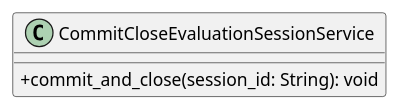
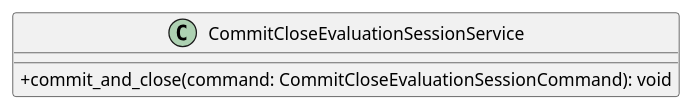
Before and after one commit to GroupRubberDuck/Documentazione: the diagram in src/PB/DocumentazioneEsterna/Specifica_Tecnica/content/uml/puml/Diagrammi_classi/Backend/ApplicationServices/CommitCloseEvaluationSessionService.puml, drawn with PlantUML. The commit also changed 45 other files, not shown here.

```diff
--- a/src/PB/DocumentazioneEsterna/Specifica_Tecnica/content/uml/puml/Diagrammi_classi/Backend/ApplicationServices/CommitCloseEvaluationSessionService.puml
+++ b/src/PB/DocumentazioneEsterna/Specifica_Tecnica/content/uml/puml/Diagrammi_classi/Backend/ApplicationServices/CommitCloseEvaluationSessionService.puml
@@ -1,7 +1,6 @@
 @startuml CommitCloseEvaluationSessionService
 skinparam classAttributeIconSize 0
 class CommitCloseEvaluationSessionService {
-    + commit_and_close(session_id: String): void
+    + commit_and_close(command: CommitCloseEvaluationSessionCommand): void
 }
-
 @enduml
```
